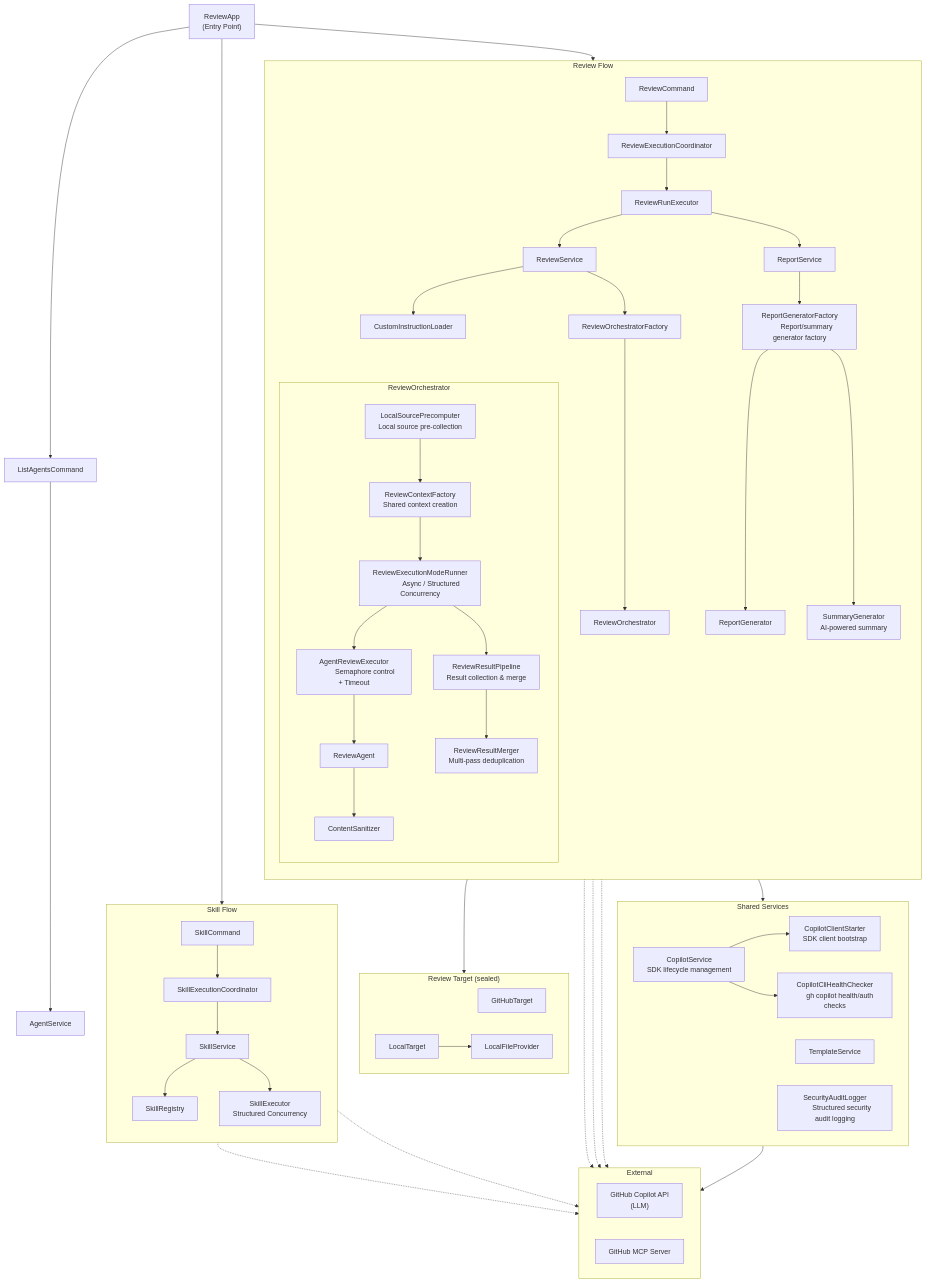
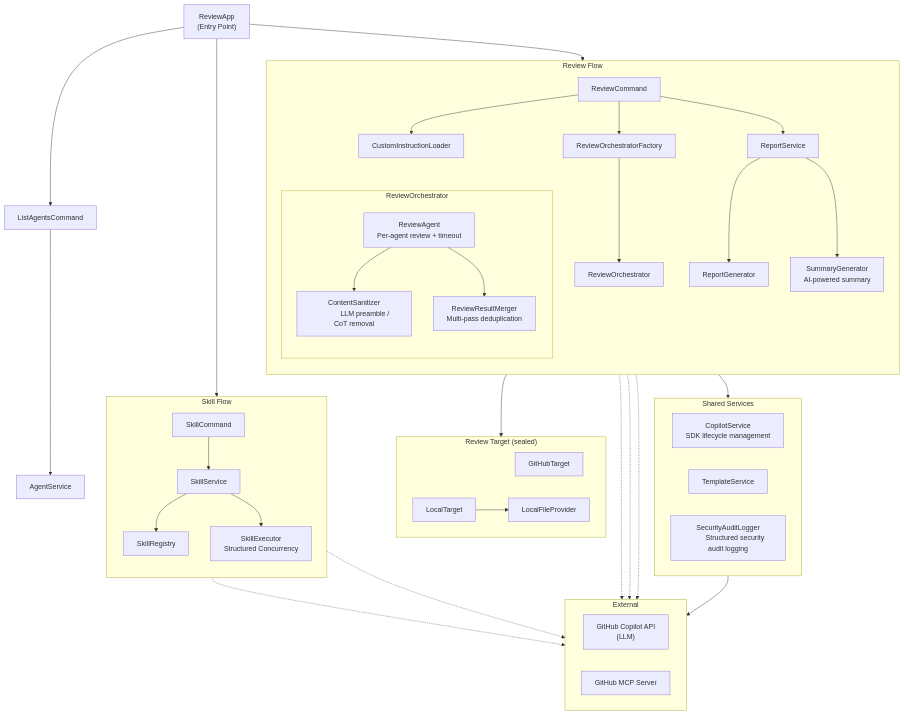
One commit to anishi1222/multi-agent-code-reviewer-v2 changed the diagram in README_en.md. Above: the diagram before and after it, drawn with Mermaid. The commit also changed other lines of this file and 95 other files, not shown here.

```diff
--- a/README_en.md
+++ b/README_en.md
@@ -749,42 +753,26 @@
     %% ── Review flow ──
     subgraph ReviewFlow["Review Flow"]
         direction TB
-        ReviewCommand --> ReviewExecutionCoordinator
-        ReviewExecutionCoordinator --> ReviewRunExecutor
-
-        ReviewRunExecutor --> ReviewService
-        ReviewService --> CustomInstructionLoader
-        ReviewService --> ReviewOrchestratorFactory
+        ReviewCommand --> CustomInstructionLoader
+        ReviewCommand --> ReviewOrchestratorFactory
         ReviewOrchestratorFactory --> ReviewOrchestrator
 
         subgraph Orchestrator["ReviewOrchestrator"]
             direction TB
-            LocalSourcePrecomputer["LocalSourcePrecomputer
-            Local source pre-collection"]
-            ReviewContextFactory["ReviewContextFactory
-            Shared context creation"]
-            ReviewExecutionModeRunner["ReviewExecutionModeRunner
-            Async / Structured Concurrency"]
-            AgentReviewExecutor["AgentReviewExecutor
-            Semaphore control + Timeout"]
-            ReviewResultPipeline["ReviewResultPipeline
-            Result collection & merge"]
+            ReviewAgent["ReviewAgent
+            Per-agent review + timeout"]
+            ContentSanitizer["ContentSanitizer
+            LLM preamble / CoT removal"]
+            ReviewResultMerger["ReviewResultMerger
+            Multi-pass deduplication"]
 
-            LocalSourcePrecomputer --> ReviewContextFactory
-            ReviewContextFactory --> ReviewExecutionModeRunner
-            ReviewExecutionModeRunner --> AgentReviewExecutor
-            AgentReviewExecutor --> ReviewAgent
             ReviewAgent --> ContentSanitizer
-            ReviewExecutionModeRunner --> ReviewResultPipeline
-            ReviewResultPipeline --> ReviewResultMerger["ReviewResultMerger
-            Multi-pass deduplication"]
+            ReviewAgent --> ReviewResultMerger
         end
 
-        ReviewRunExecutor --> ReportService
-        ReportService --> ReportGeneratorFactory["ReportGeneratorFactory
-        Report/summary generator factory"]
-        ReportGeneratorFactory --> ReportGenerator
-        ReportGeneratorFactory --> SummaryGenerator["SummaryGenerator
+        ReviewCommand --> ReportService
+        ReportService --> ReportGenerator
+        ReportService --> SummaryGenerator["SummaryGenerator
         AI-powered summary"]
     end
 
@@ -794,8 +782,7 @@
     %% ── Skill flow ──
     subgraph SkillFlow["Skill Flow"]
         direction TB
-        SkillCommand --> SkillExecutionCoordinator
-        SkillExecutionCoordinator --> SkillService
+        SkillCommand --> SkillService
         SkillService --> SkillRegistry
         SkillService --> SkillExecutor["SkillExecutor
         Structured Concurrency"]
@@ -807,25 +794,19 @@
         GitHubTarget
         LocalTarget --> LocalFileProvider
     end
-    ReviewService --> Target
+    ReviewOrchestrator --> Target
 
     %% ── Shared services ──
     subgraph Shared["Shared Services"]
         direction LR
         CopilotService["CopilotService
         SDK lifecycle management"]
-      CopilotClientStarter["CopilotClientStarter
-      SDK client bootstrap"]
-      CopilotCliHealthChecker["CopilotCliHealthChecker
-      gh copilot health/auth checks"]
         TemplateService
         SecurityAuditLogger["SecurityAuditLogger
         Structured security audit logging"]
     end
 
-    ReviewExecutionCoordinator --> CopilotService
-    CopilotService --> CopilotClientStarter
-    CopilotService --> CopilotCliHealthChecker
+    ReviewCommand --> CopilotService
 
     %% ── External ──
     subgraph External["External"]
```
